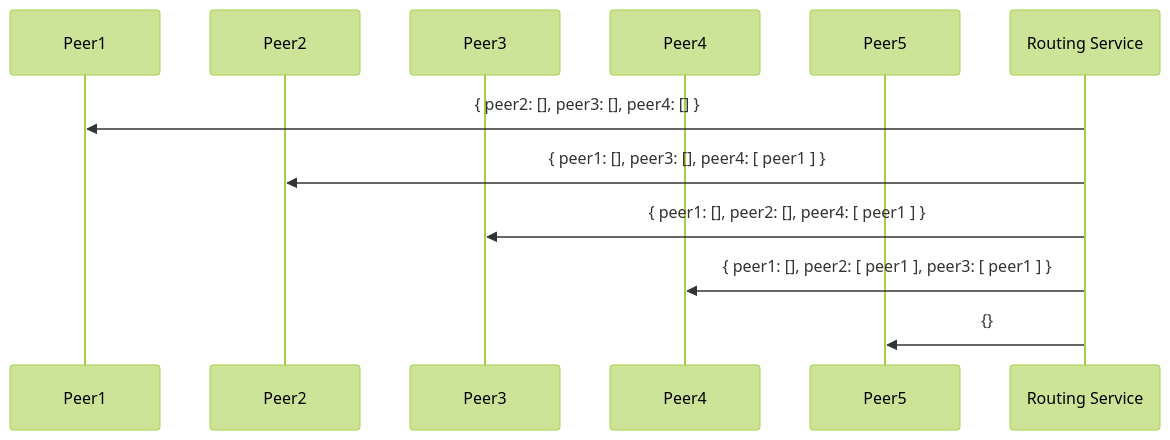
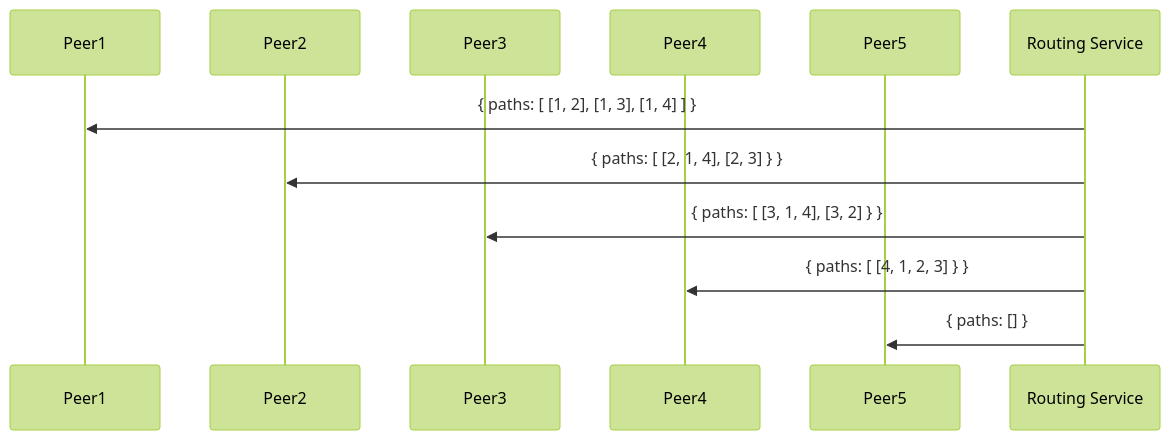
Before and after one commit to decentraland/adr: the fourth of 13 diagrams in RFC/RFC-14-p2p-adapter.md, drawn with Mermaid (forest theme). The commit also changed other lines of this file, not shown here.

````diff
--- a/RFC/RFC-14-p2p-adapter.md
+++ b/RFC/RFC-14-p2p-adapter.md
@@ -84,15 +94,15 @@
 ```mermaid
 sequenceDiagram
     participant Peer1
     participant Peer2
     participant Peer3
     participant Peer4
     participant Peer5
     participant RS as Routing Service
 
-    RS->>Peer1: { peer2: [], peer3: [], peer4: [] }
-    RS->>Peer2: { peer1: [], peer3: [], peer4: [ peer1 ] }
-    RS->>Peer3: { peer1: [], peer2: [], peer4: [ peer1 ] }
-    RS->>Peer4: { peer1: [], peer2: [ peer1 ], peer3: [ peer1 ] }
-    RS->>Peer5: {}
+    RS->>Peer1: { paths: [ [1, 2], [1, 3], [1, 4] ] }
+    RS->>Peer2: { paths: [ [2, 1, 4], [2, 3] } }
+    RS->>Peer3: { paths: [ [3, 1, 4], [3, 2] } }
+    RS->>Peer4: { paths: [ [4, 1, 2, 3] } }
+    RS->>Peer5: { paths: [] }
 ```
````
